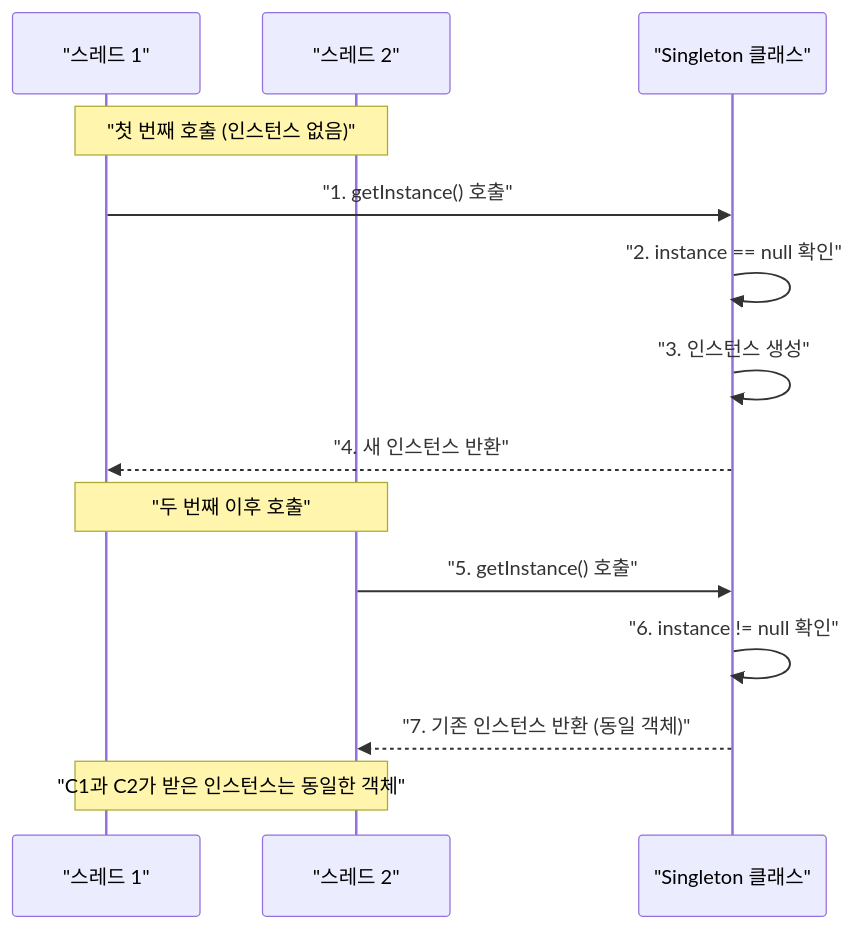
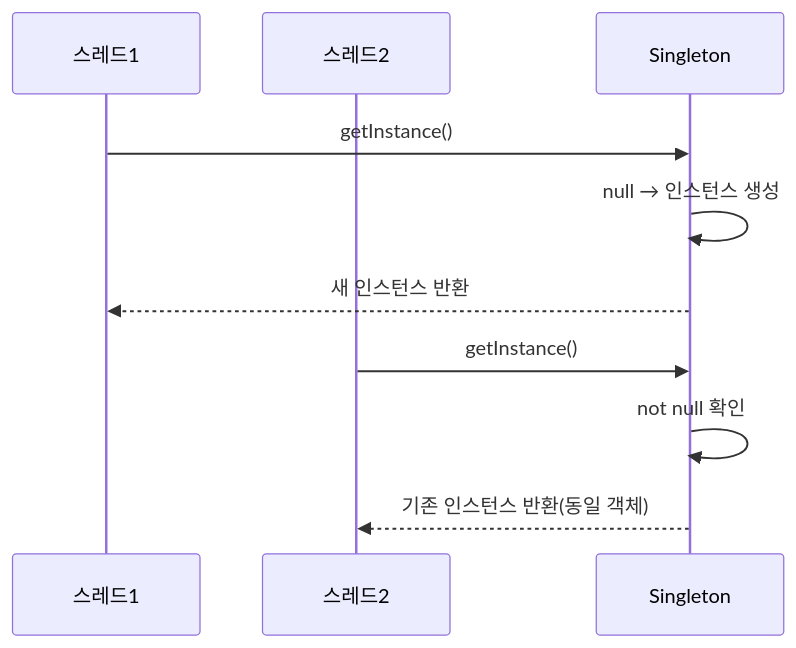
One commit to yjkim2015/yjkim2015.github.io changed the second of 2 diagrams in _posts/designPattern/2021-11-15-Singleton.md. Above: the diagram before and after it, drawn with Mermaid. The commit also changed 215 other files, not shown here.

First line of the commit message:
신규 포스트 10개 추가 + Mermaid 전면 축소 + SystemDesign 시리즈 보강

````diff
--- a/_posts/designPattern/2021-11-15-Singleton.md
+++ b/_posts/designPattern/2021-11-15-Singleton.md
@@ -242,19 +242,12 @@
 ```mermaid
 sequenceDiagram
-    participant C1 as "스레드 1"
-    participant C2 as "스레드 2"
-    participant S as "Singleton 클래스"
-
-    Note over C1,C2: "첫 번째 호출 (인스턴스 없음)"
-    C1->>S: "1. getInstance() 호출"
-    S->>S: "2. instance == null 확인"
-    S->>S: "3. 인스턴스 생성"
-    S-->>C1: "4. 새 인스턴스 반환"
-
-    Note over C1,C2: "두 번째 이후 호출"
-    C2->>S: "5. getInstance() 호출"
-    S->>S: "6. instance != null 확인"
-    S-->>C2: "7. 기존 인스턴스 반환 (동일 객체)"
-
-    Note over C1,C2: "C1과 C2가 받은 인스턴스는 동일한 객체"
+    participant C1 as 스레드1
+    participant C2 as 스레드2
+    participant S as Singleton
+    C1->>S: getInstance()
+    S->>S: null → 인스턴스 생성
+    S-->>C1: 새 인스턴스 반환
+    C2->>S: getInstance()
+    S->>S: not null 확인
+    S-->>C2: 기존 인스턴스 반환(동일 객체)
 ```
````
